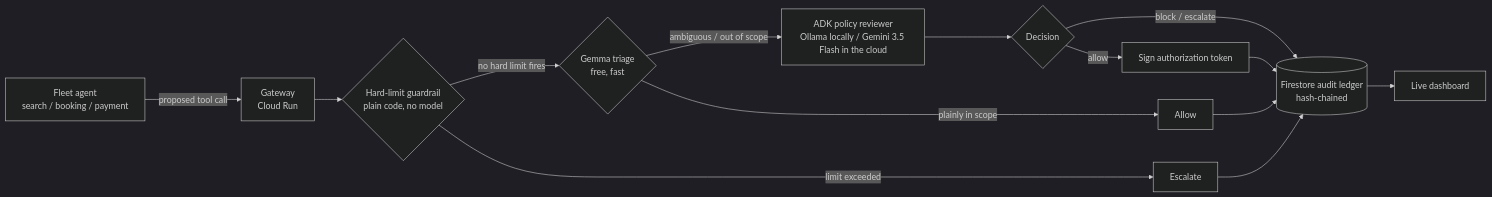
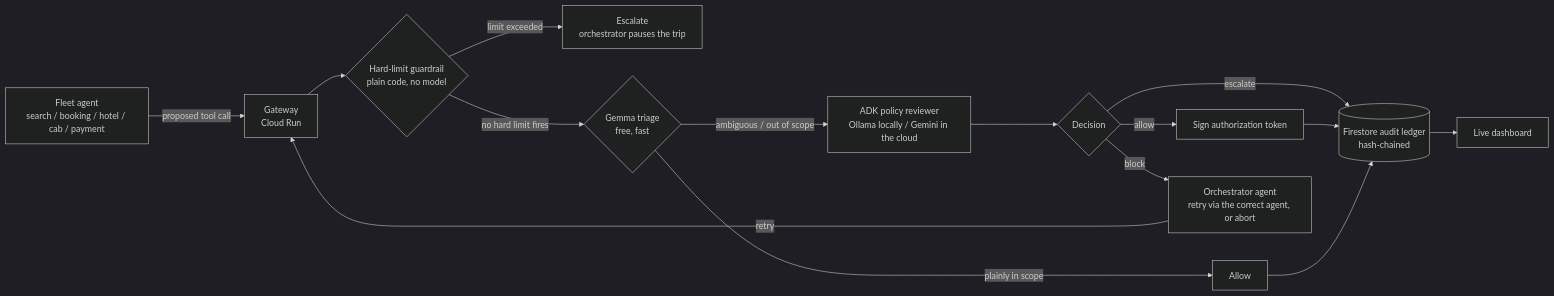
The diagram in README.md (akashgoyal/finops-te-agents-warden), drawn with Mermaid (dark theme) before and after one commit. The commit also changed other lines of this file and 16 other files, not shown here.

First line of the commit message:
Multi-vertical T&E fleet with a real orchestrator, interactive pills, transaction tracking

````diff
--- a/README.md
+++ b/README.md
@@ -28,16 +28,17 @@
 ```mermaid
 flowchart LR
-    A[Fleet agent<br/>search / booking / payment] -- proposed tool call --> G[Gateway<br/>Cloud Run]
+    A[Fleet agent<br/>search / booking / hotel / cab / payment] -- proposed tool call --> G[Gateway<br/>Cloud Run]
     G --> H{Hard-limit guardrail<br/>plain code, no model}
-    H -- limit exceeded --> ESC[Escalate]
+    H -- limit exceeded --> ESC[Escalate<br/>orchestrator pauses the trip]
     H -- no hard limit fires --> T{Gemma triage<br/>free, fast}
     T -- plainly in scope --> ALLOW1[Allow]
-    T -- ambiguous / out of scope --> R[ADK policy reviewer<br/>Ollama locally / Gemini 3.5 Flash in the cloud]
+    T -- ambiguous / out of scope --> R[ADK policy reviewer<br/>Ollama locally / Gemini in the cloud]
     R --> D{Decision}
     D -- allow --> TOK[Sign authorization token]
-    D -- block / escalate --> LOG
+    D -- block --> ORCH[Orchestrator agent<br/>retry via the correct agent, or abort]
+    ORCH -- retry --> G
+    D -- escalate --> LOG
     TOK --> LOG[(Firestore audit ledger<br/>hash-chained)]
     LOG --> DASH[Live dashboard]
     ALLOW1 --> LOG
-    ESC --> LOG
 ```
````
